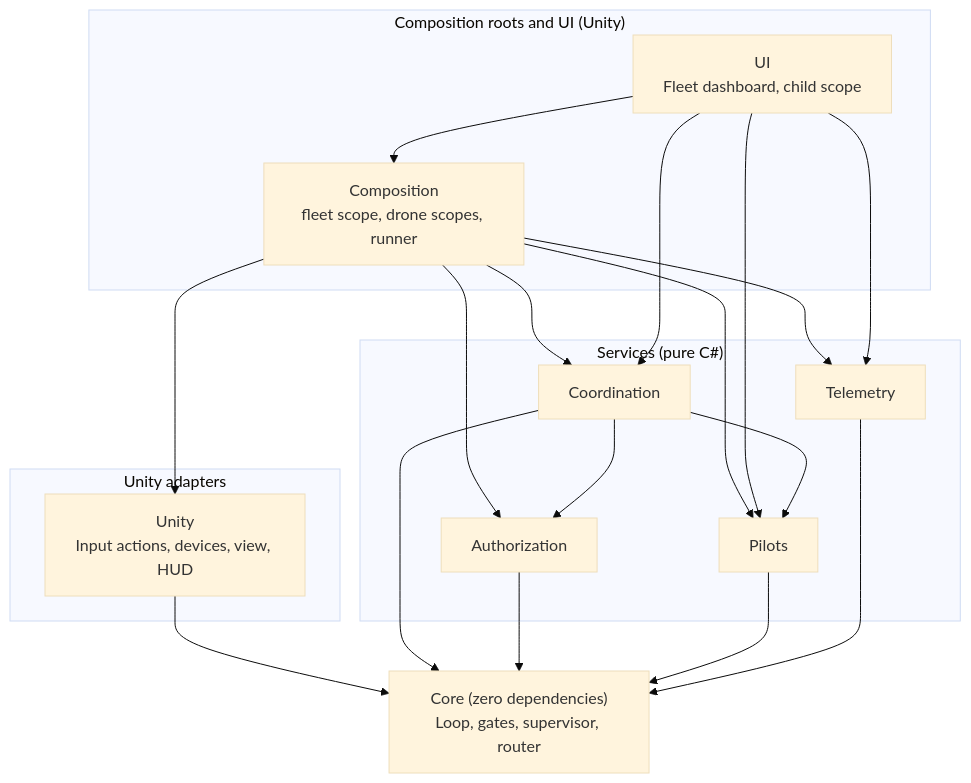
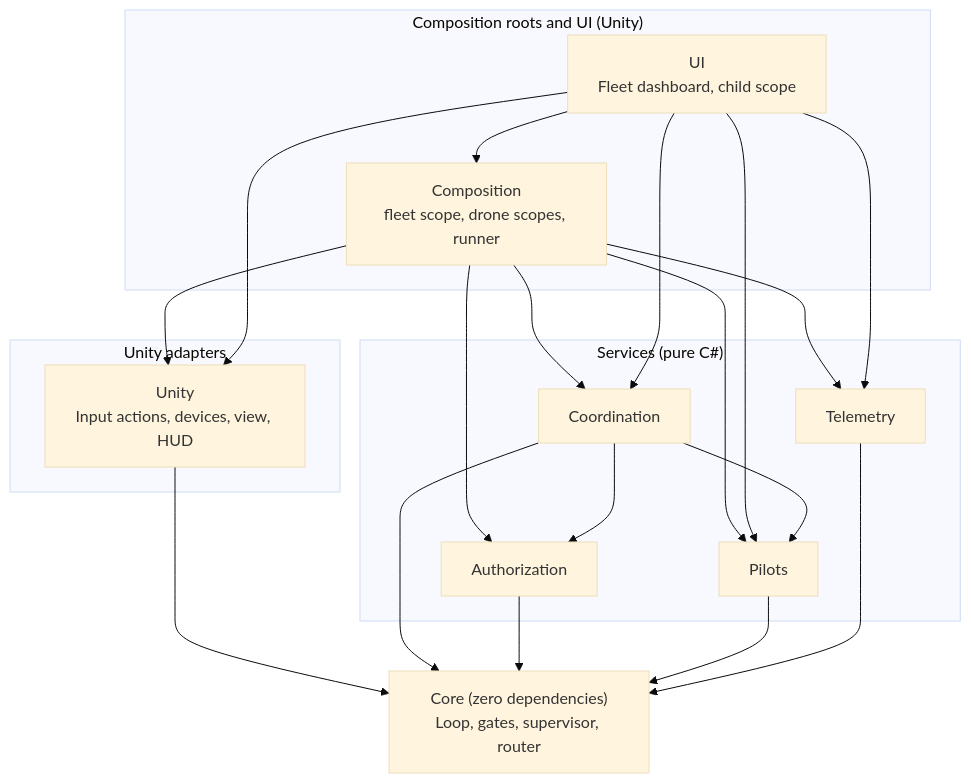
The first of 4 diagrams in Docs/Architecture.md (AlanKolic/DroneFlightModule), drawn with Mermaid (base theme) before and after one commit. The commit also changed other lines of this file and 22 other files, not shown here.

````diff
--- a/Docs/Architecture.md
+++ b/Docs/Architecture.md
@@ -23,25 +23,25 @@
 ```mermaid
 flowchart TB
     subgraph Roots["Composition roots and UI (Unity)"]
         Comp["Composition<br/>fleet scope, drone scopes, runner"]
         UI["UI<br/>Fleet dashboard, child scope"]
     end
     subgraph Adapters["Unity adapters"]
         Unity["Unity<br/>Input actions, devices, view, HUD"]
     end
     subgraph Services["Services (pure C#)"]
         Coord["Coordination"]
         Auth["Authorization"]
         Pilots["Pilots"]
         Tele["Telemetry"]
     end
     Core["Core (zero dependencies)<br/>Loop, gates, supervisor, router"]
 
     Comp --> Unity & Coord & Auth & Pilots & Tele
-    UI --> Comp & Tele & Coord & Pilots
+    UI --> Comp & Unity & Tele & Coord & Pilots
     Unity --> Core
     Coord --> Auth & Pilots & Core
     Auth --> Core
     Pilots --> Core
     Tele --> Core
 ```
````
